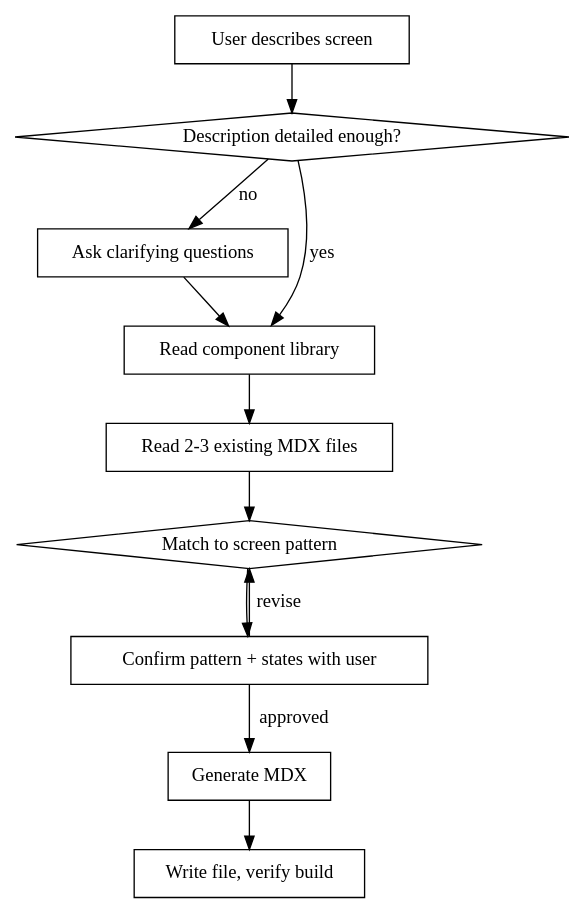
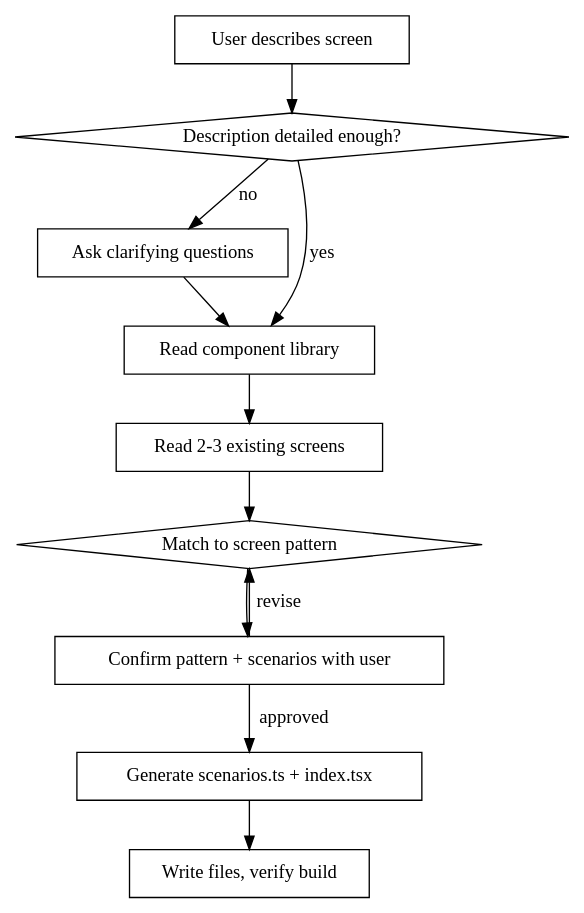
Before and after one commit to tini-works/preview-tool: the diagram in .claude/skills/generate-screen/SKILL.md, drawn with Graphviz. The commit also changed other lines of this file, not shown here.

Commit message:
docs: update generate-screen skill for TSX screen structure

````diff
--- a/.claude/skills/generate-screen/SKILL.md
+++ b/.claude/skills/generate-screen/SKILL.md
@@ -7,24 +7,24 @@
 ```dot
 digraph generate {
   "User describes screen" [shape=box];
   "Description detailed enough?" [shape=diamond];
   "Ask clarifying questions" [shape=box];
   "Read component library" [shape=box];
-  "Read 2-3 existing MDX files" [shape=box];
+  "Read 2-3 existing screens" [shape=box];
   "Match to screen pattern" [shape=diamond];
-  "Confirm pattern + states with user" [shape=box];
-  "Generate MDX" [shape=box];
-  "Write file, verify build" [shape=box];
+  "Confirm pattern + scenarios with user" [shape=box];
+  "Generate scenarios.ts + index.tsx" [shape=box];
+  "Write files, verify build" [shape=box];
 
   "User describes screen" -> "Description detailed enough?";
   "Description detailed enough?" -> "Read component library" [label="yes"];
   "Description detailed enough?" -> "Ask clarifying questions" [label="no"];
   "Ask clarifying questions" -> "Read component library";
-  "Read component library" -> "Read 2-3 existing MDX files";
-  "Read 2-3 existing MDX files" -> "Match to screen pattern";
-  "Match to screen pattern" -> "Confirm pattern + states with user";
-  "Confirm pattern + states with user" -> "Generate MDX" [label="approved"];
-  "Confirm pattern + states with user" -> "Match to screen pattern" [label="revise"];
-  "Generate MDX" -> "Write file, verify build";
+  "Read component library" -> "Read 2-3 existing screens";
+  "Read 2-3 existing screens" -> "Match to screen pattern";
+  "Match to screen pattern" -> "Confirm pattern + scenarios with user";
+  "Confirm pattern + scenarios with user" -> "Generate scenarios.ts + index.tsx" [label="approved"];
+  "Confirm pattern + scenarios with user" -> "Match to screen pattern" [label="revise"];
+  "Generate scenarios.ts + index.tsx" -> "Write files, verify build";
 }
 ```
````
